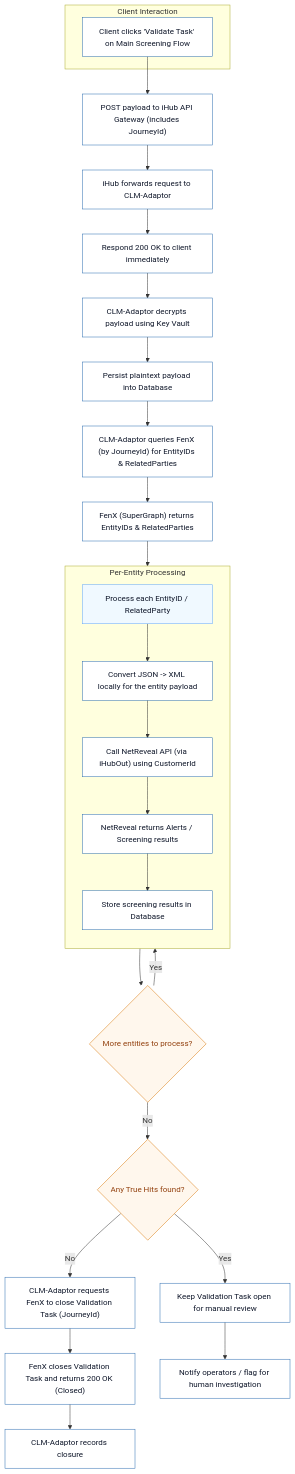
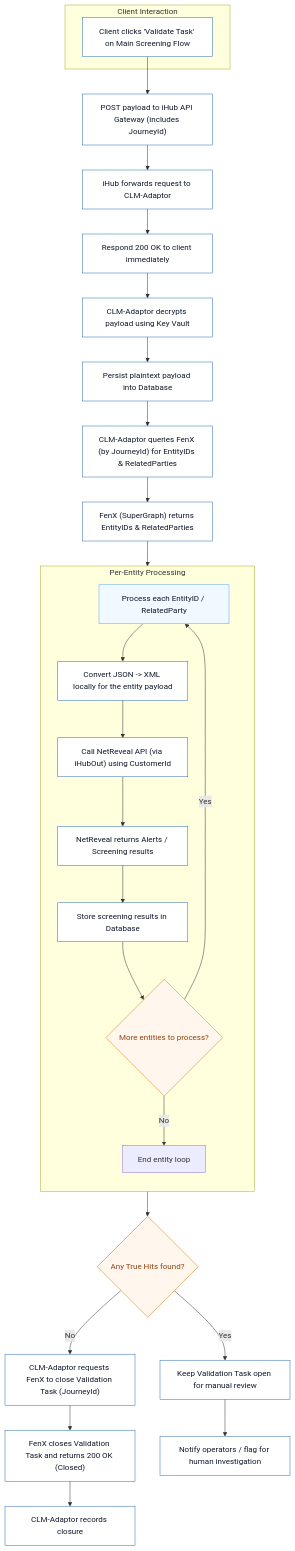
The diagram in Arch_Diagrams/validateflow.mmd (jojokoshy/Architecture_Diagrams_Python_AI), drawn with Mermaid before and after one commit.

Commit message:
Fix: Update entity processing loop to correctly handle multiple entities and improve flowchart clarity

```diff
--- a/Arch_Diagrams/validateflow.mmd
+++ b/Arch_Diagrams/validateflow.mmd
@@ -1,46 +1,46 @@
 %%{init: {"theme":"default","themeVariables": {"background":"#ffffff","fontSize":"14"}}}%%
 flowchart TB
 
 %% Shared styles (matching AlertsFlow)
 classDef step fill:#ffffff,stroke:#2b6cb0,color:#0f172a,stroke-width:1px;
 classDef decision fill:#fff7ed,stroke:#d97706,color:#92400e,stroke-width:1px;
 classDef loop fill:#f0f9ff,stroke:#60a5fa,color:#0f172a,stroke-width:1px;
 classDef footer fill:#ffffff,stroke:none,color:#0f172a;
 
 subgraph ClientFlow[Client Interaction]
   A["Client clicks 'Validate Task' on Main Screening Flow"]:::step
 end
 
 A --> B["POST payload to iHub API Gateway (includes JourneyId)"]:::step
 B --> C["iHub forwards request to CLM-Adaptor"]:::step
 C --> D["Respond 200 OK to client immediately"]:::step
 D --> E["CLM-Adaptor decrypts payload using Key Vault"]:::step
 E --> F["Persist plaintext payload into Database"]:::step
 F --> G["CLM-Adaptor queries FenX (by JourneyId) for EntityIDs & RelatedParties"]:::step
 G --> H["FenX (SuperGraph) returns EntityIDs & RelatedParties"]:::step
 
 subgraph EntityLoop[Per-Entity Processing]
   direction TB
   I["Process each EntityID / RelatedParty"]:::loop
   I --> J["Convert JSON -> XML locally for the entity payload"]:::step
   J --> K["Call NetReveal API (via iHubOut) using CustomerId"]:::step
   K --> L["NetReveal returns Alerts / Screening results"]:::step
   L --> M["Store screening results in Database"]:::step
+  M --> N{More entities to process?}:::decision
+  N -->|Yes| I
+  N -->|No| endloop[End entity loop]
 end
 
 H --> I
-M --> N{More entities to process?}:::decision
-N -->|Yes| I
-N -->|No| O{Any True Hits found?}:::decision
-
+endloop --> O{Any True Hits found?}:::decision
 
 O -->|No| P["CLM-Adaptor requests FenX to close Validation Task (JourneyId)"]:::step
 P --> Q["FenX closes Validation Task and returns 200 OK (Closed)"]:::step
 Q --> R["CLM-Adaptor records closure"]:::step
 
 O -->|Yes| S["Keep Validation Task open for manual review"]:::step
 S --> T["Notify operators / flag for human investigation"]:::step
 
 class A,B,C,D,E,F,G,H,J,K,L,M,P,Q,R,S,T step
 class O,N decision
 class I loop
```
